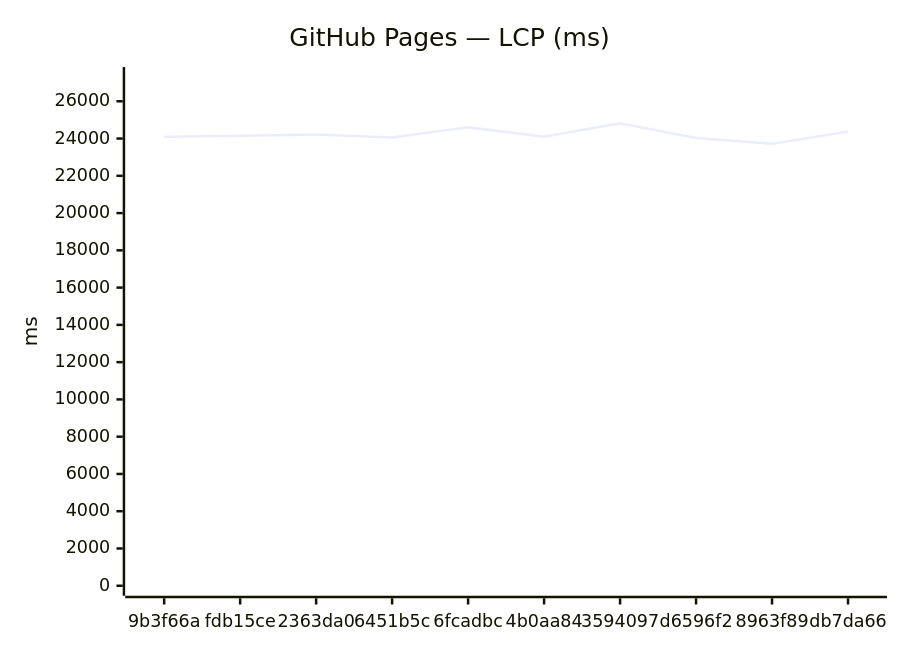
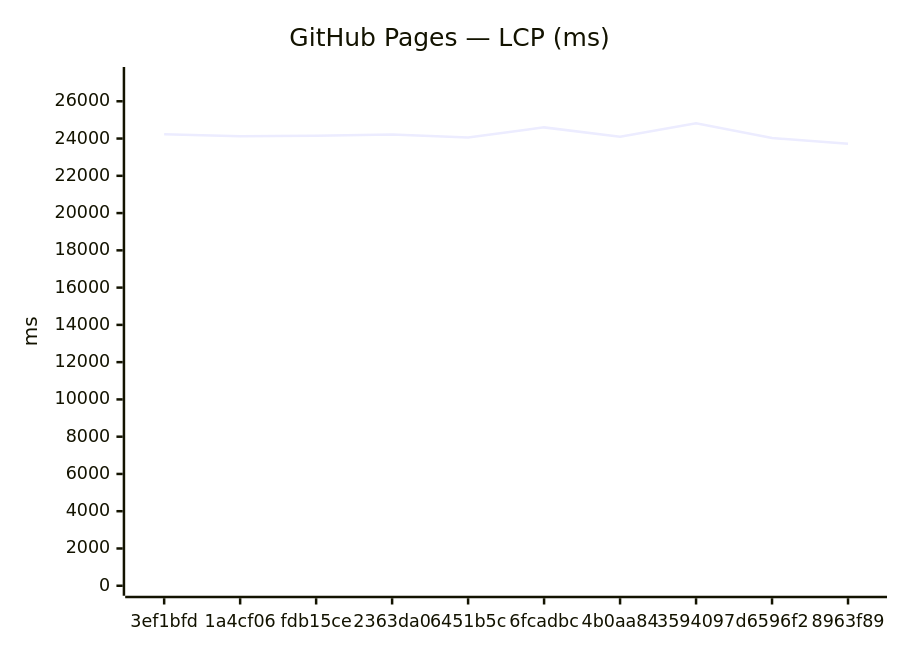
One commit to Metaheurist/Rianell changed the third of 12 diagrams in benchmarks/compare.md. Above: the diagram before and after it, drawn with Mermaid. The commit also changed other lines of this file and 8 other files, not shown here.

````diff
--- a/benchmarks/compare.md
+++ b/benchmarks/compare.md
@@ -54,7 +54,7 @@
 ```mermaid
 xychart-beta
     title "GitHub Pages — LCP (ms)"
-    x-axis ["9b3f66a", "fdb15ce", "2363da0", "6451b5c", "6fcadbc", "4b0aa84", "3594097", "d6596f2", "8963f89", "db7da66"]
+    x-axis ["3ef1bfd", "1a4cf06", "fdb15ce", "2363da0", "6451b5c", "6fcadbc", "4b0aa84", "3594097", "d6596f2", "8963f89"]
     y-axis "ms" 0 --> 27303
-    line [24100, 24144, 24218, 24056, 24599, 24101, 24820, 24030, 23715, 24380]
+    line [24236, 24125, 24144, 24218, 24056, 24599, 24101, 24820, 24030, 23715]
 ```
````
